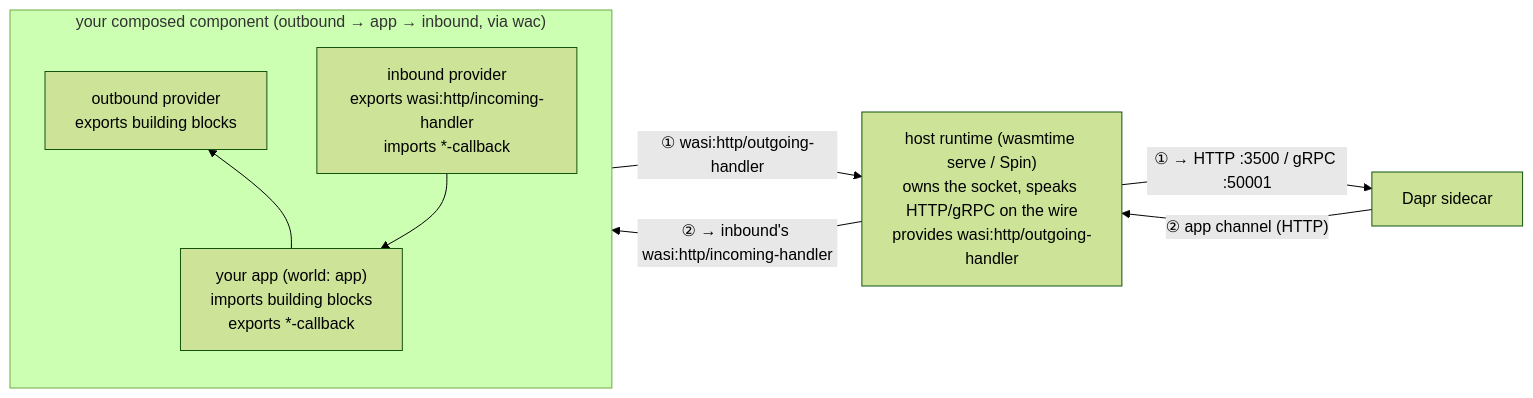
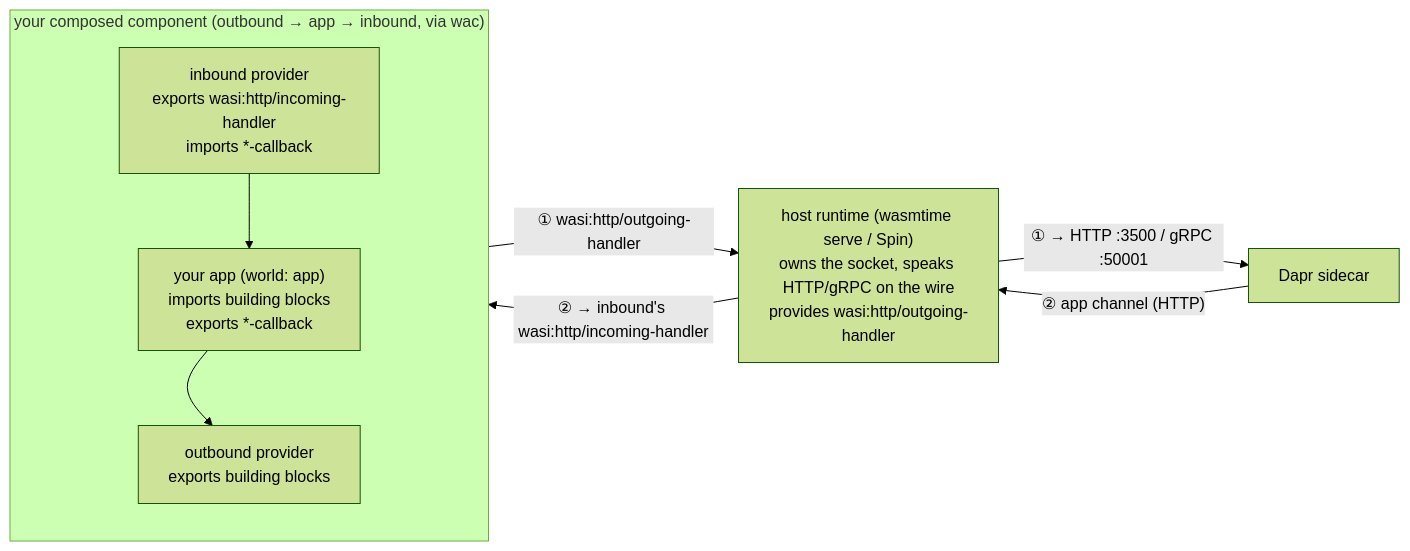
One commit to sideeffffect/dapr-wasm-components changed the diagram in README.md. Above: the diagram before and after it, drawn with Mermaid (forest theme).

Commit message:
README: stack outbound provider on the bottom so its back-edge stops crossing inbound
The diagram is inherently cyclic (outbound: app→…→sidecar; inbound:
sidecar→…→app), so keeping the app node rightmost forces the app→outbound edge
to be a back-edge. With both providers stacked and outbound on top, dagre routed
that back-edge behind the inbound box — visually confusing.

Putting outbound at the bottom of the stack lets the back-edge dive down into
open space instead. The diagram now reads as two clean lanes with no box
crossings: inbound (②) left→right along the top (sidecar → host → inbound →
app), outbound (①) right→left along the bottom (app → outbound → host →
sidecar). Verified rendering at default spacing.

````diff
--- a/README.md
+++ b/README.md
@@ -58,23 +58,24 @@
 ```mermaid
 flowchart LR
     sidecar["Dapr sidecar"]
     host["host runtime (wasmtime serve / Spin)<br/>owns the socket, speaks HTTP/gRPC on the wire<br/>provides wasi:http/outgoing-handler"]
 
     subgraph composed["your composed component (outbound → app → inbound, via wac)"]
         direction TB
+        inbound["inbound provider<br/>exports wasi:http/incoming-handler<br/>imports *-callback"]
         outbound["outbound provider<br/>exports building blocks"]
-        inbound["inbound provider<br/>exports wasi:http/incoming-handler<br/>imports *-callback"]
         app["your app (world: app)<br/>imports building blocks<br/>exports *-callback"]
     end
 
-    %% invisible rank hints keep the order sidecar → host → providers → app
+    %% invisible rank hints keep app rightmost; outbound on the bottom so the
+    %% app→outbound back-edge dives into open space instead of crossing inbound
     host ~~~ outbound
     outbound ~~~ app
 
     app --> outbound
     outbound -- "① wasi:http/outgoing-handler" --> host
     host -- "① → HTTP :3500 / gRPC :50001" --> sidecar
     sidecar -- "② app channel (HTTP)" --> host
     host -- "② → inbound's wasi:http/incoming-handler" --> inbound
     inbound --> app
 ```
````
